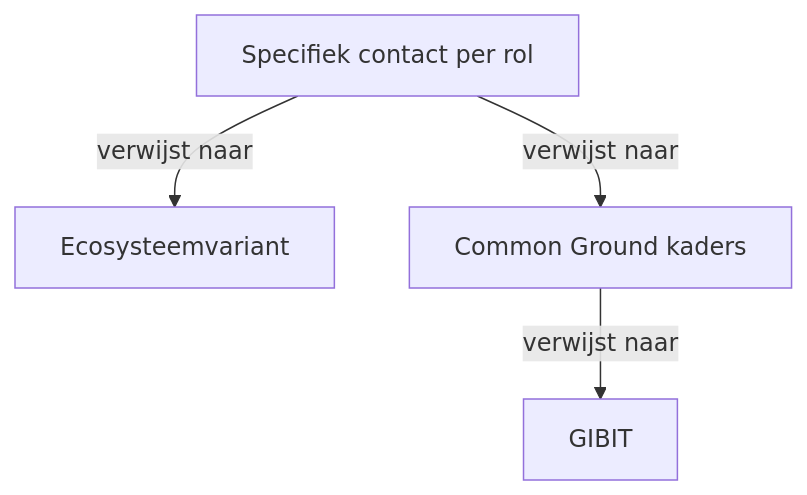
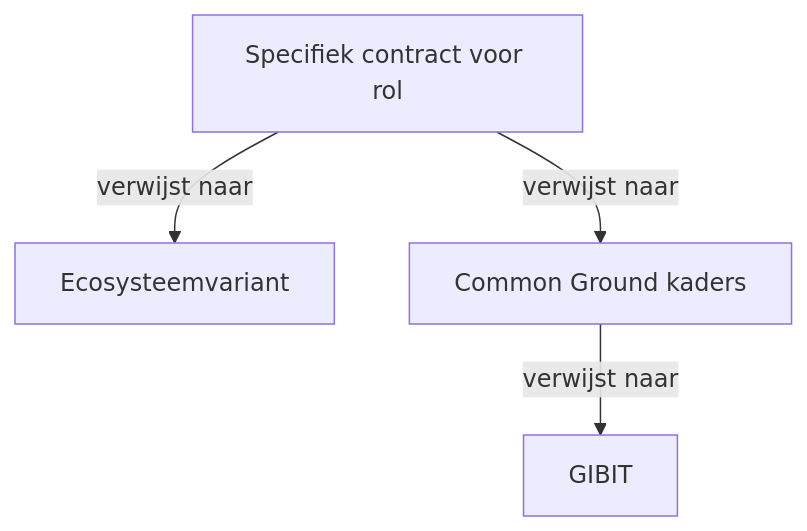
Before and after one commit to open-zaak/samenwerken: the diagram in resultaten/inkoop-richtlijnen.md, drawn with Mermaid. The commit also changed other lines of this file, not shown here.

````diff
--- a/resultaten/inkoop-richtlijnen.md
+++ b/resultaten/inkoop-richtlijnen.md
@@ -25,6 +25,6 @@
 ```mermaid
 flowchart TB
-    D[Specifiek contact per rol] -->|verwijst naar| C[Ecosysteemvariant]
+    D[Specifiek contract voor rol] -->|verwijst naar| C[Ecosysteemvariant]
     D -->|verwijst naar| B[Common Ground kaders]
     B -->|verwijst naar| A[GIBIT]
 ```
````
